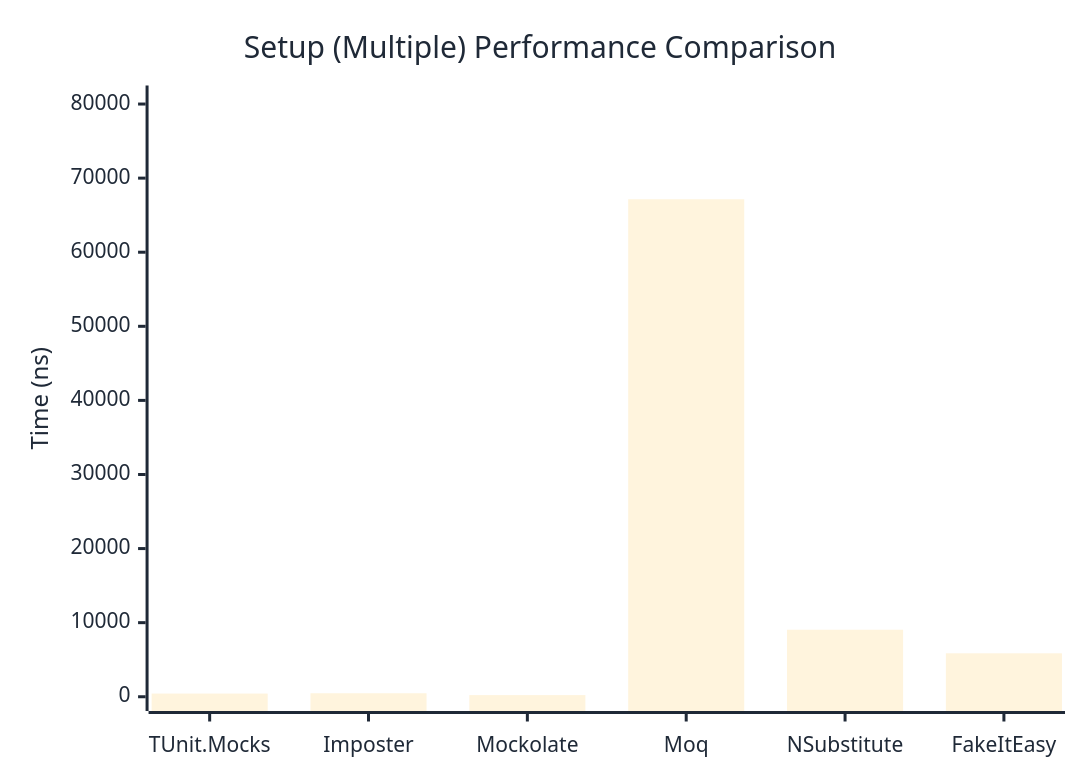
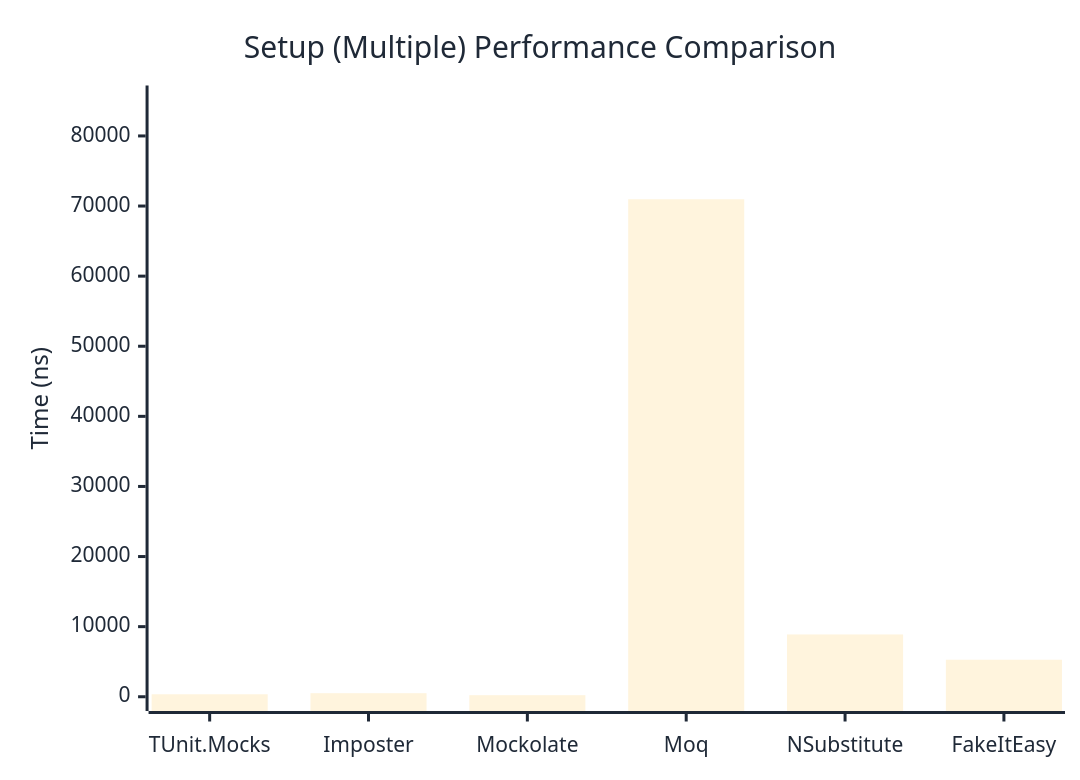
One commit to thomhurst/TUnit changed the second of 2 diagrams in docs/docs/benchmarks/mocks/Setup.md. Above: the diagram before and after it, drawn with Mermaid. The commit also changed other lines of this file and 14 other files, not shown here.

````diff
--- a/docs/docs/benchmarks/mocks/Setup.md
+++ b/docs/docs/benchmarks/mocks/Setup.md
@@ -71,27 +71,27 @@
 ```mermaid
 %%{init: {
   'theme':'base',
   'themeVariables': {
     'primaryColor': '#2563eb',
     'primaryTextColor': '#1f2937',
     'primaryBorderColor': '#1e40af',
     'lineColor': '#6b7280',
     'secondaryColor': '#7c3aed',
     'tertiaryColor': '#dc2626',
     'background': '#ffffff',
     'pie1': '#2563eb',
     'pie2': '#7c3aed',
     'pie3': '#dc2626',
     'pie4': '#f59e0b',
     'pie5': '#10b981',
     'pie6': '#06b6d4',
     'pie7': '#ec4899',
     'pie8': '#6366f1'
   }
 }}%%
 xychart-beta
   title "Setup (Multiple) Performance Comparison"
   x-axis ["TUnit.Mocks", "Imposter", "Mockolate", "Moq", "NSubstitute", "FakeItEasy"]
-  y-axis "Time (ns)" 0 --> 80579
-  bar [431.2, 472, 223.7, 67148.8, 9045.7, 5863.4]
+  y-axis "Time (ns)" 0 --> 85163
+  bar [352.7, 508.2, 223.5, 70968.7, 8887.8, 5280.3]
 ```
````
